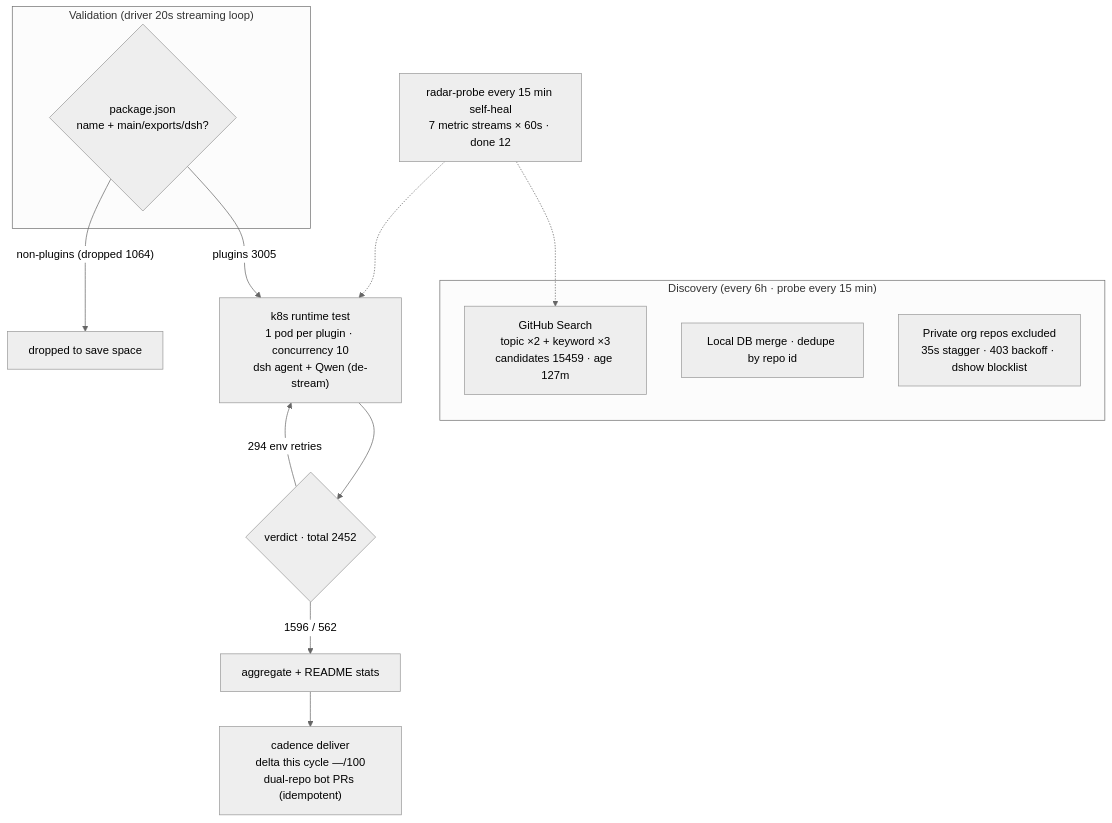
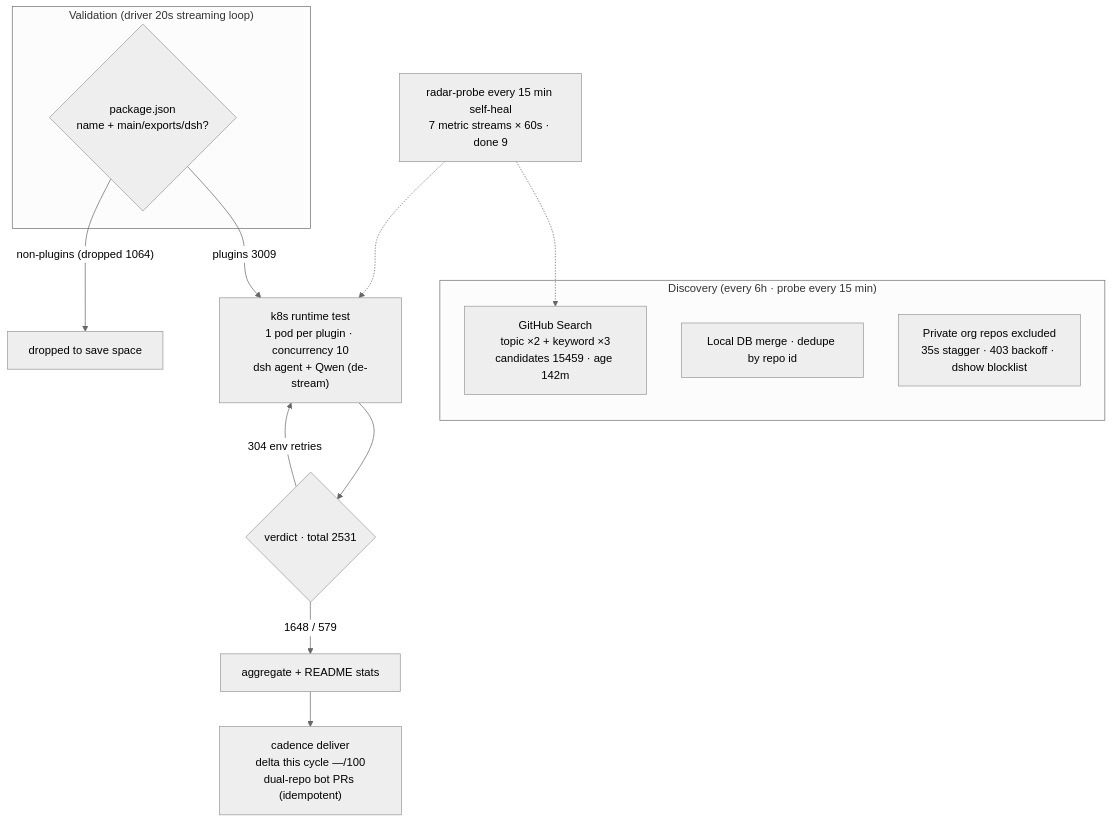
The diagram in README.en-US.md (AdamPlatin123/awesome-dsh-plugins), drawn with Mermaid (neutral theme) before and after one commit. The commit also changed other lines of this file and 5 other files, not shown here.

````diff
--- a/README.en-US.md
+++ b/README.en-US.md
@@ -30,20 +30,20 @@
 ```mermaid
 flowchart TB
     subgraph Discovery["Discovery (every 6h · probe every 15 min)"]
-        A1["GitHub Search<br/>topic ×2 + keyword ×3<br/>candidates 15459 · age 127m"]
+        A1["GitHub Search<br/>topic ×2 + keyword ×3<br/>candidates 15459 · age 142m"]
         A2["Local DB merge · dedupe by repo id"]
         A3["Private org repos excluded<br/>35s stagger · 403 backoff · dshow blocklist"]
     end
     subgraph Validation["Validation (driver 20s streaming loop)"]
         B1{"package.json<br/>name + main/exports/dsh?"}
     end
-    B1 -->|"plugins 3005"| C1["k8s runtime test<br/>1 pod per plugin · concurrency 10<br/>dsh agent + Qwen (de-stream)"]
+    B1 -->|"plugins 3009"| C1["k8s runtime test<br/>1 pod per plugin · concurrency 10<br/>dsh agent + Qwen (de-stream)"]
     B1 -->|"non-plugins (dropped 1064)"| B3["dropped to save space"]
-    C1 --> D1{"verdict · total 2452"}
-    D1 -->|"1596 / 562"| E1["aggregate + README stats"]
-    D1 -->|"294 env retries"| C1
+    C1 --> D1{"verdict · total 2531"}
+    D1 -->|"1648 / 579"| E1["aggregate + README stats"]
+    D1 -->|"304 env retries"| C1
     E1 --> E2["cadence deliver<br/>delta this cycle —/100<br/>dual-repo bot PRs (idempotent)"]
-    M["radar-probe every 15 min self-heal<br/>7 metric streams × 60s · done 12"]
+    M["radar-probe every 15 min self-heal<br/>7 metric streams × 60s · done 9"]
     M -.-> A1
     M -.-> C1
 ```
````
